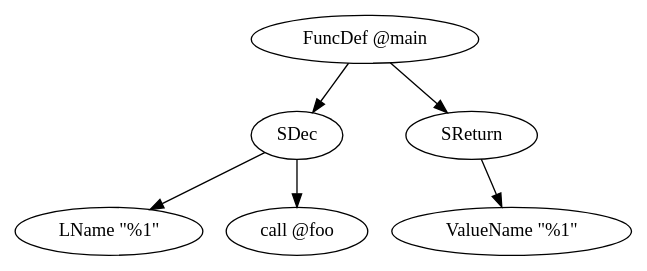
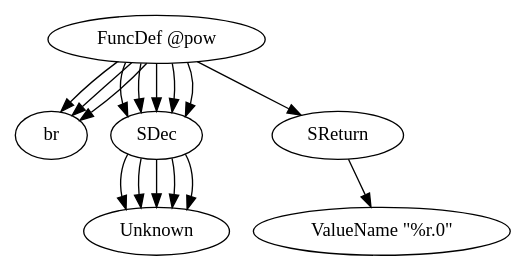
Before and after one commit to IgorFroehner/llvm-ssa-to-functional: the diagram in output.dot, drawn with Graphviz. The commit also changed 5 other files, not shown here.

```diff
--- a/output.dot
+++ b/output.dot
@@ -1,4 +1,11 @@
 digraph {
- "FuncDef @main" ->  "SDec" -> {"LName \"%1\"" "call @foo" }
- "FuncDef @main" ->  "SReturn" -> "ValueName \"%1\""
+ "FuncDef @pow" -> br
+ "FuncDef @pow" ->  "SDec" -> Unknown
+ "FuncDef @pow" ->  "SDec" -> Unknown
+ "FuncDef @pow" ->  "SDec" -> Unknown
+ "FuncDef @pow" -> br
+ "FuncDef @pow" ->  "SDec" -> Unknown
+ "FuncDef @pow" ->  "SDec" -> Unknown
+ "FuncDef @pow" -> br
+ "FuncDef @pow" ->  "SReturn" -> "ValueName \"%r.0\""
 }
```
